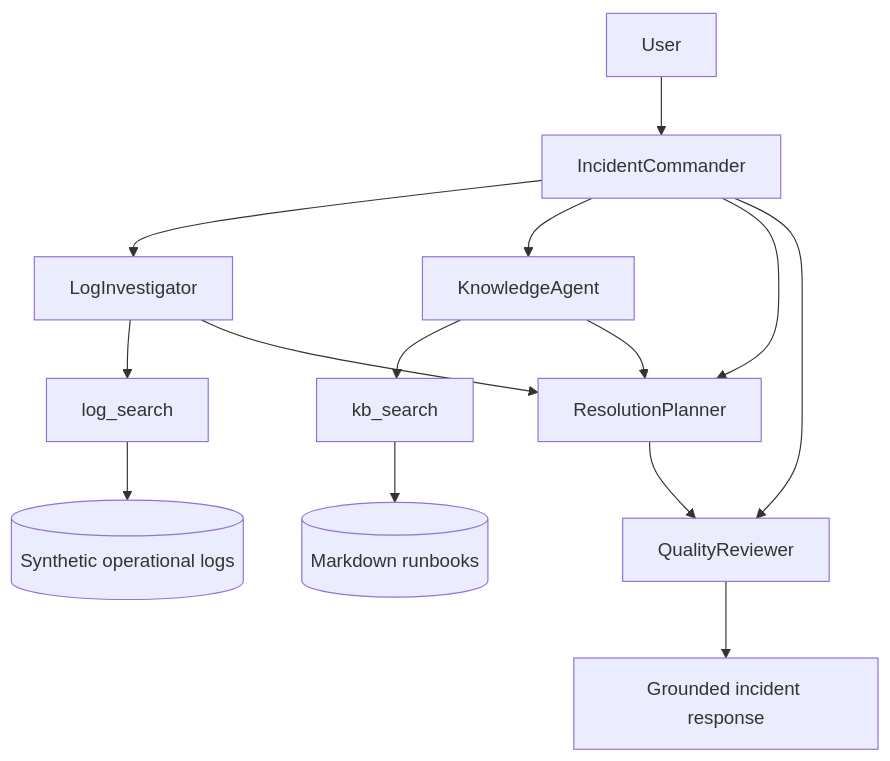
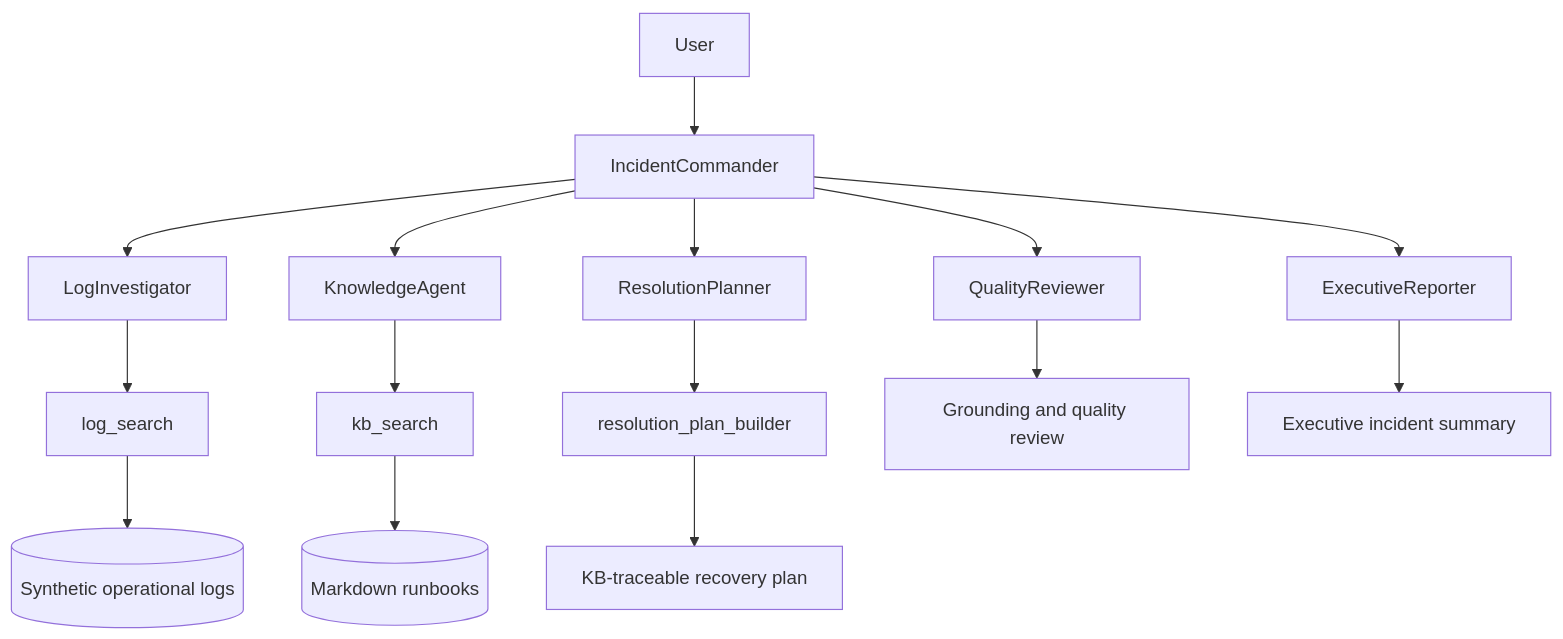
Before and after one commit to zeronicyber/OpsPilot: the first of 2 diagrams in README_OPSPILOT.md, drawn with Mermaid. The commit also changed other lines of this file and 38 other files, not shown here.

````diff
--- a/README_OPSPILOT.md
+++ b/README_OPSPILOT.md
@@ -36,21 +36,20 @@
 ```mermaid
 graph TD
     U[User] --> IC[IncidentCommander]
 
     IC --> LI[LogInvestigator]
+    IC --> KA[KnowledgeAgent]
+    IC --> RP[ResolutionPlanner]
+    IC --> QR[QualityReviewer]
+    IC --> ER[ExecutiveReporter]
+
     LI --> LS[log_search]
+    KA --> KS[kb_search]
+    RP --> RPB[resolution_plan_builder]
+
     LS --> LOGS[(Synthetic operational logs)]
-
-    IC --> KA[KnowledgeAgent]
-    KA --> KS[kb_search]
     KS --> KB[(Markdown runbooks)]
-
-    IC --> RP[ResolutionPlanner]
-    LI --> RP
-    KA --> RP
-
-    IC --> QR[QualityReviewer]
-    RP --> QR
-
-    QR --> OUT[Grounded incident response]
+    RPB --> PLAN[KB-traceable recovery plan]
+    QR --> REVIEW[Grounding and quality review]
+    ER --> SUMMARY[Executive incident summary]
 ```
````
